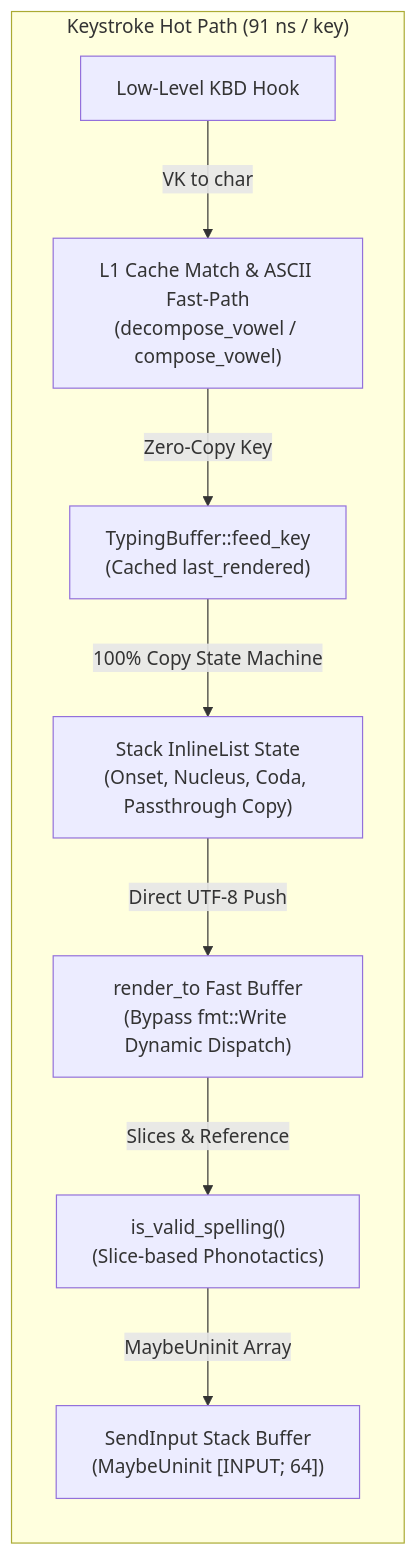
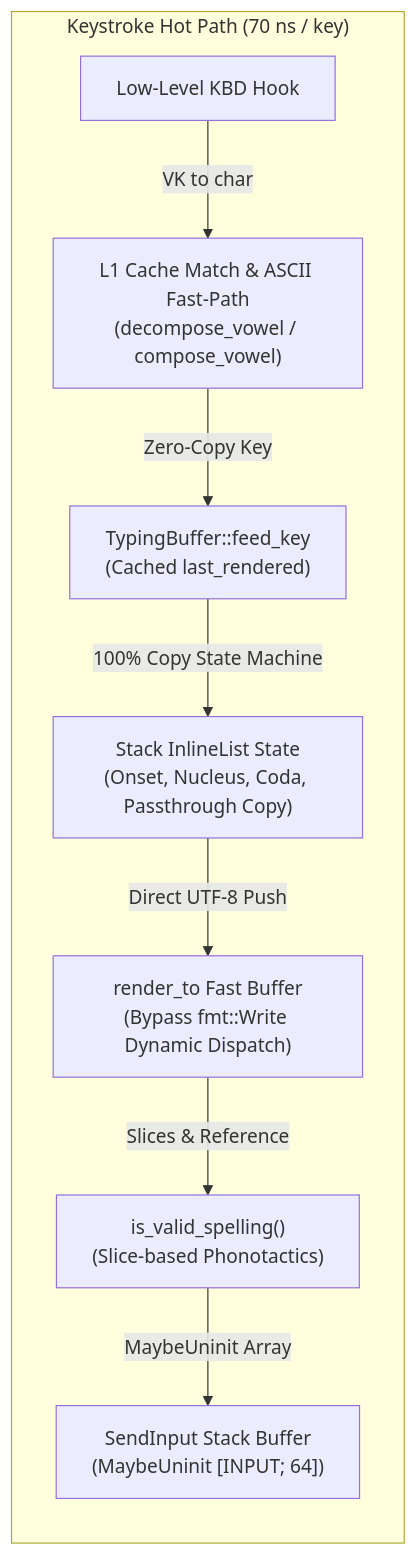
One commit to uongsuadaubung/kora changed the second of 2 diagrams in docs/ARCHITECTURE.md. Above: the diagram before and after it, drawn with Mermaid. The commit also changed other lines of this file and 4 other files, not shown here.

Commit message:
docs: update architecture, component docs, and readme with latest features, modular paths, and benchmarks

````diff
--- a/docs/ARCHITECTURE.md
+++ b/docs/ARCHITECTURE.md
@@ -285,12 +307,12 @@
 ```mermaid
 flowchart LR
-    subgraph Hot_Path ["Keystroke Hot Path (91 ns / key)"]
+    subgraph Hot_Path ["Keystroke Hot Path (70 ns / key)"]
         direction TB
         KBD["Low-Level KBD Hook"] -->|"VK to char"| FastMatch["L1 Cache Match &amp; ASCII Fast-Path<br/>(decompose_vowel / compose_vowel)"]
         FastMatch -->|"Zero-Copy Key"| TB_Fast["TypingBuffer::feed_key<br/>(Cached last_rendered)"]
         TB_Fast -->|"100% Copy State Machine"| StackSM["Stack InlineList State<br/>(Onset, Nucleus, Coda, Passthrough Copy)"]
         StackSM -->|"Direct UTF-8 Push"| FastRender["render_to Fast Buffer<br/>(Bypass fmt::Write Dynamic Dispatch)"]
         FastRender -->|"Slices &amp; Reference"| SpellCheck["is_valid_spelling()<br/>(Slice-based Phonotactics)"]
         SpellCheck -->|"MaybeUninit Array"| SendStack["SendInput Stack Buffer<br/>(MaybeUninit [INPUT; 64])"]
     end
 ```
````
